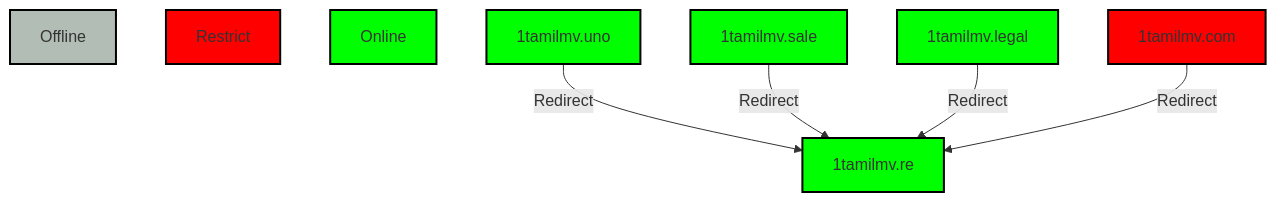
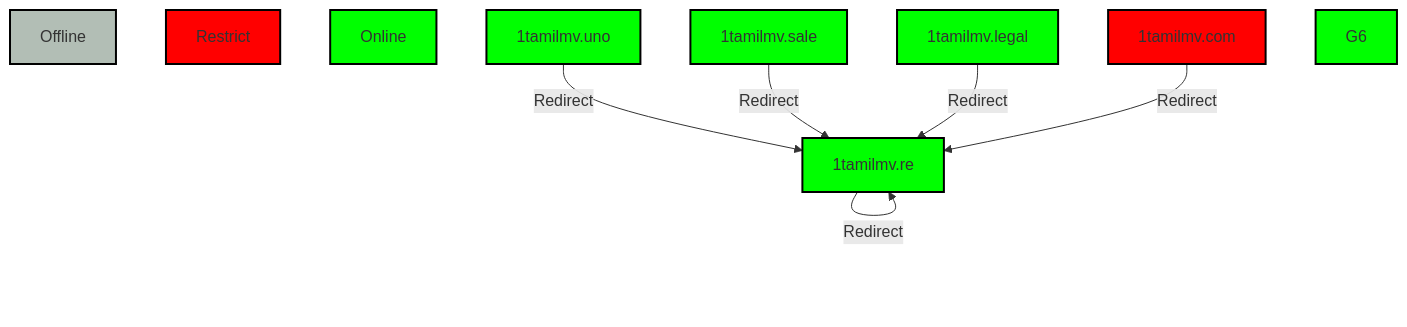
Before and after one commit to Tpj-root/SiteEvolution: the diagram in README.md, drawn with Mermaid. The commit also changed other lines of this file and 1 other file, not shown here.

````diff
--- a/README.md
+++ b/README.md
@@ -426,19 +437,22 @@
 ```mermaid
 graph TD;
     style A fill:#B2BEB5,stroke:#000,stroke-width:2px;
     style R fill:#f00,stroke:#000,stroke-width:2px;
     style G fill:#0f0,stroke:#000,stroke-width:2px;
     style G1 fill:#0f0,stroke:#000,stroke-width:2px;
     style G2 fill:#0f0,stroke:#000,stroke-width:2px;
     style G3 fill:#0f0,stroke:#000,stroke-width:2px;
     style G4 fill:#f00,stroke:#000,stroke-width:2px;
     style G5 fill:#0f0,stroke:#000,stroke-width:2px;
+    style G6 fill:#0f0,stroke:#000,stroke-width:2px;
+    
     
     G[Online]
     A[Offline]
     R[Restrict]
     G1[1tamilmv.uno] -->|Redirect| G5[1tamilmv.re]
     G2[1tamilmv.sale] -->|Redirect| G5[1tamilmv.re]
     G3[1tamilmv.legal] -->|Redirect| G5[1tamilmv.re]
     G4[1tamilmv.com] -->|Redirect| G5[1tamilmv.re]
+    G5[1tamilmv.pm] -->|Redirect| G5[1tamilmv.re]
 ```
````
